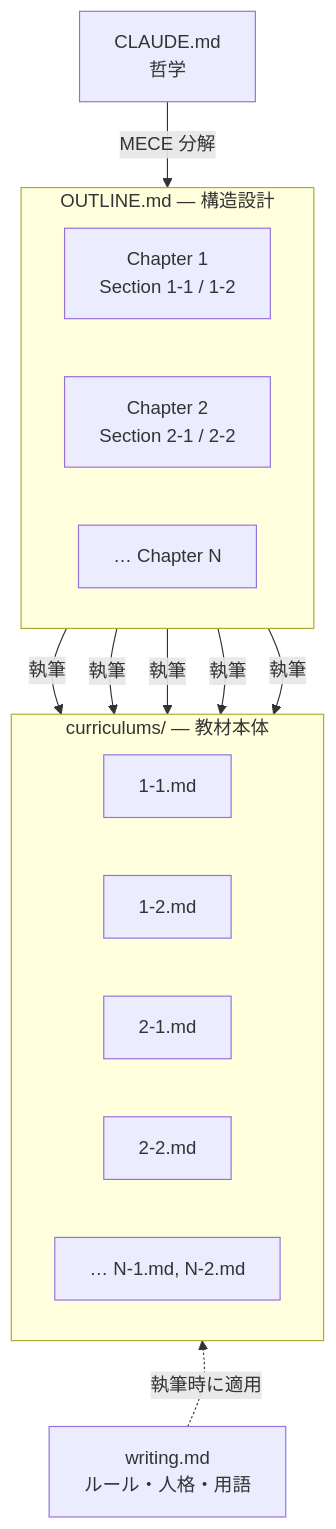
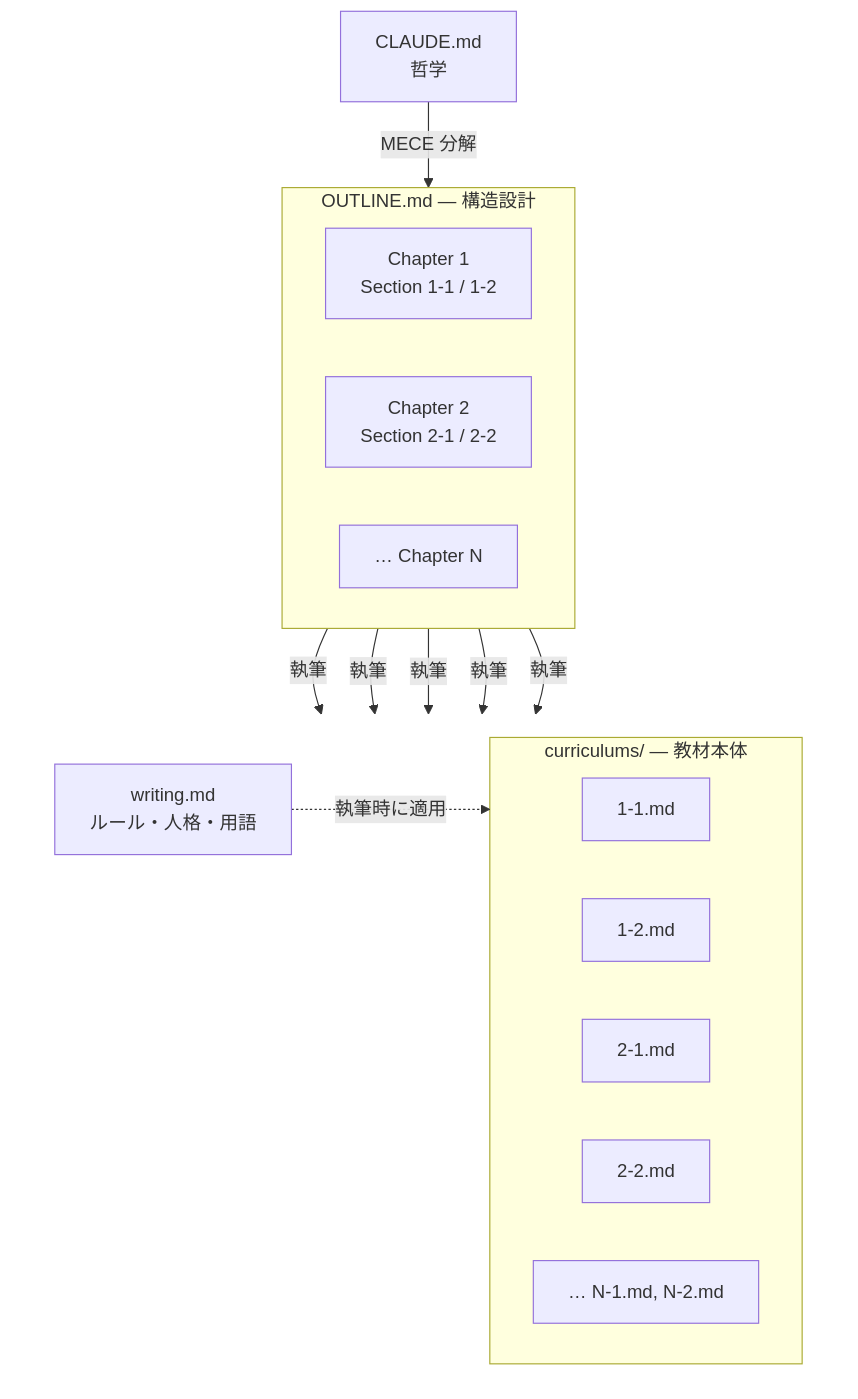
Before and after one commit to yotaro0616/curriculum-writer: the first of 4 diagrams in README.md, drawn with Mermaid.

Commit message:
writing.mdを右側配置: 親subgraph+direction LRで横並びに

````diff
--- a/README.md
+++ b/README.md
@@ -29,28 +29,32 @@
 ```mermaid
 flowchart TD
     A["CLAUDE.md\n哲学"]
 
     subgraph outline["OUTLINE.md — 構造設計"]
         direction LR
         B1["Chapter 1\nSection 1-1 / 1-2"]
         B2["Chapter 2\nSection 2-1 / 2-2"]
         B3["… Chapter N"]
     end
 
-    subgraph curr["curriculums/ — 教材本体"]
+    subgraph row2[" "]
         direction LR
-        C1["1-1.md"]
-        C2["1-2.md"]
-        C3["2-1.md"]
-        C4["2-2.md"]
-        C5["… N-1.md, N-2.md"]
+        subgraph curr["curriculums/ — 教材本体"]
+            C1["1-1.md"]
+            C2["1-2.md"]
+            C3["2-1.md"]
+            C4["2-2.md"]
+            C5["… N-1.md, N-2.md"]
+        end
+        W["writing.md\nルール・人格・用語"]
     end
 
     A -->|MECE 分解| outline
     B1 -->|執筆| C1 & C2
     B2 -->|執筆| C3 & C4
     B3 -->|執筆| C5
 
-    curr ~~~ W["writing.md\nルール・人格・用語"]
     W -.->|執筆時に適用| curr
+
+    style row2 fill:none,stroke:none
 ```
````
